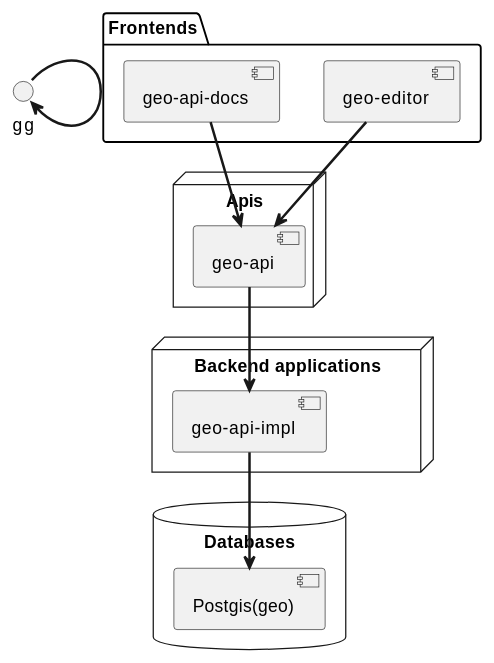
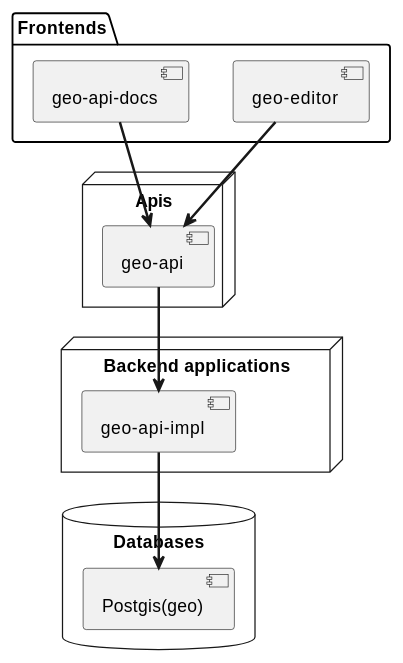
Before and after one commit to Future-Position-X/fpx-monorepo: the diagram in README.md, drawn with PlantUML. The commit also changed 3 other files, not shown here.

````diff
--- a/README.md
+++ b/README.md
@@ -12,28 +12,28 @@
 ```plantuml :architecture
 @startuml
 
 package "Frontends" {
   [geo-editor]
   [geo-api-docs]
 }
 
 node "Apis" {
   [geo-api]
 }
 
 node "Backend applications" {
   [geo-api-impl] as geoApp
 }
 
 database "Databases" {
     [Postgis(geo)] as geoDb
 }
 
 [geo-editor] ==> [geo-api]
 [geo-api-docs] ==> [geo-api]
 [geo-api] ==> geoApp
 geoApp ==> geoDb
-gg ==> gg
+
 @enduml
 
 ```
````
